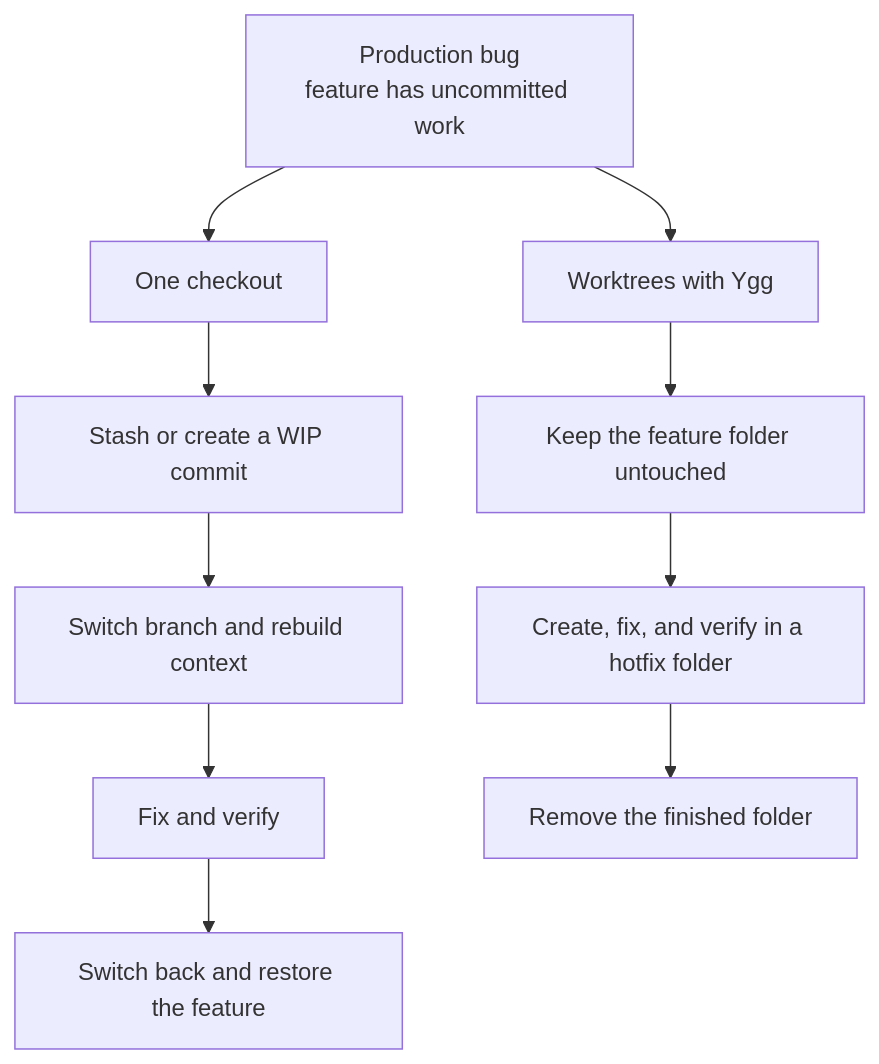
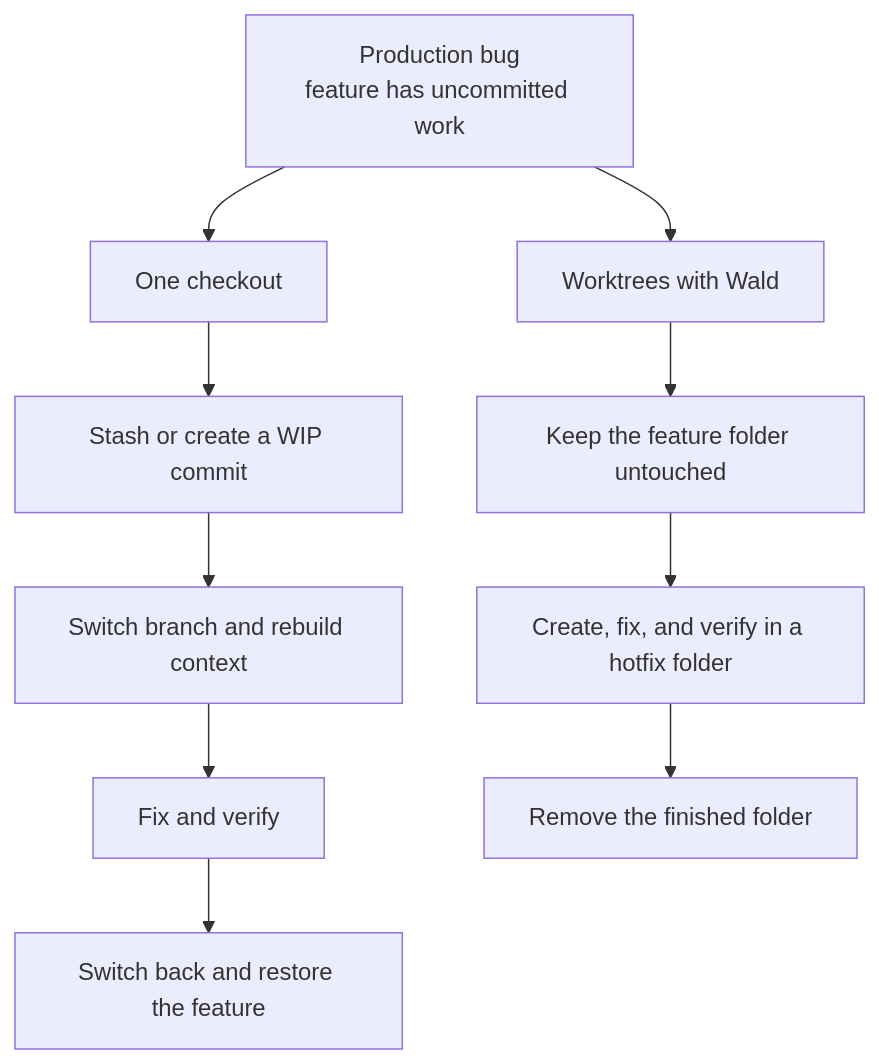
Before and after one commit to phillippbertram/wald-worktree: the first of 2 diagrams in README.md, drawn with Mermaid. The commit also changed other lines of this file and 90 other files, not shown here.

````diff
--- a/README.md
+++ b/README.md
@@ -34,15 +67,15 @@
 ```mermaid
 flowchart TB
     Problem["Production bug<br/>feature has uncommitted work"]
 
     Problem --> Switch["One checkout"]
     Switch --> Stash["Stash or create a WIP commit"]
     Stash --> Change["Switch branch and rebuild context"]
     Change --> Fix1["Fix and verify"]
     Fix1 --> Return["Switch back and restore the feature"]
 
-    Problem --> Parallel["Worktrees with Ygg"]
+    Problem --> Parallel["Worktrees with Wald"]
     Parallel --> Keep["Keep the feature folder untouched"]
     Keep --> Fix2["Create, fix, and verify in a hotfix folder"]
     Fix2 --> Remove["Remove the finished folder"]
 ```
````
